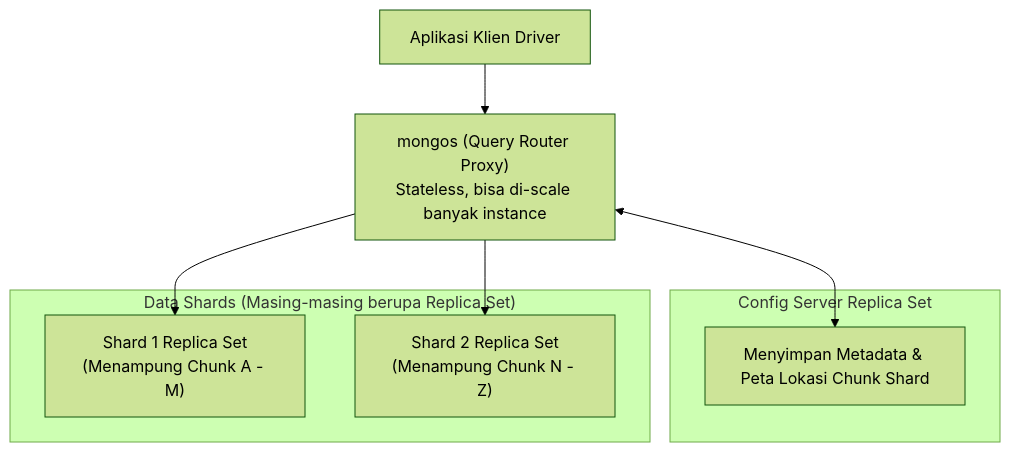
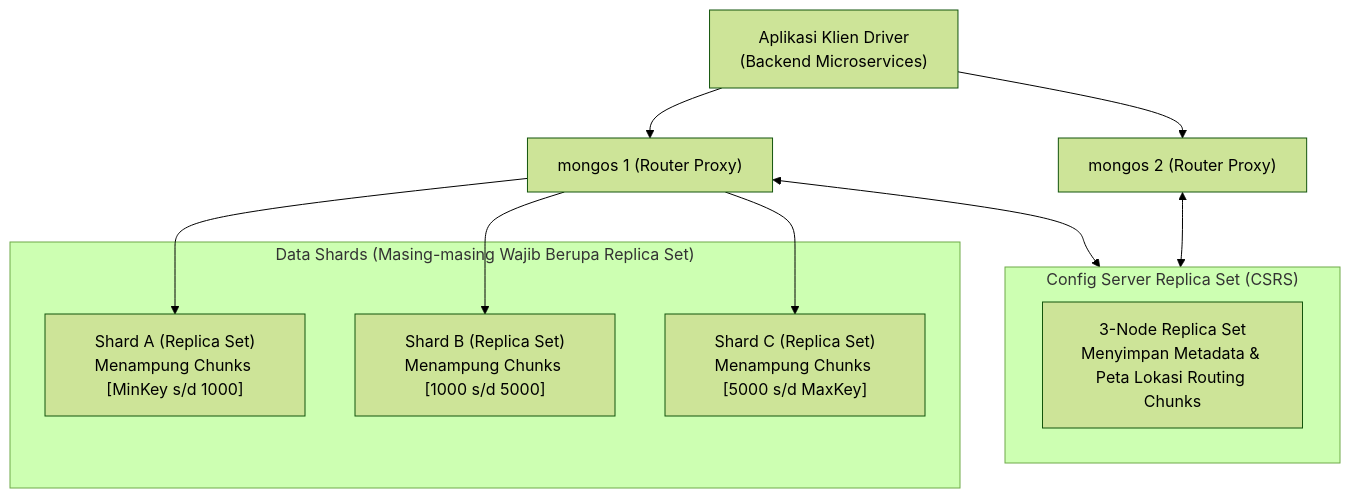
The first of 3 diagrams in src/content/docs/mongodb/07-sharding-cluster-dan-chunk-splitting.md (exa31/learning-docs), drawn with Mermaid (forest theme) before and after one commit. The commit also changed other lines of this file and 7 other files, not shown here.

````diff
--- a/src/content/docs/mongodb/07-sharding-cluster-dan-chunk-splitting.md
+++ b/src/content/docs/mongodb/07-sharding-cluster-dan-chunk-splitting.md
@@ -16,18 +16,22 @@
 ```mermaid
 flowchart TD
-    Client["Aplikasi Klien Driver"] --> Mongos["mongos (Query Router Proxy)\nStateless, bisa di-scale banyak instance"]
+    Client["Aplikasi Klien Driver\n(Backend Microservices)"] --> Mongos1["mongos 1 (Router Proxy)"]
+    Client --> Mongos2["mongos 2 (Router Proxy)"]
     
-    subgraph Config["Config Server Replica Set"]
-        ConfigDB["Menyimpan Metadata & Peta Lokasi Chunk Shard"]
+    subgraph ConfigRS ["Config Server Replica Set (CSRS)"]
+        CSRep["3-Node Replica Set\nMenyimpan Metadata & Peta Lokasi Routing Chunks"]
     end
     
-    Mongos <--> ConfigDB
+    Mongos1 <--> ConfigRS
+    Mongos2 <--> ConfigRS
 
-    subgraph Shards["Data Shards (Masing-masing berupa Replica Set)"]
-        Shard1["Shard 1 Replica Set\n(Menampung Chunk A - M)"]
-        Shard2["Shard 2 Replica Set\n(Menampung Chunk N - Z)"]
+    subgraph DataShards ["Data Shards (Masing-masing Wajib Berupa Replica Set)"]
+        ShardA["Shard A (Replica Set)\nMenampung Chunks [MinKey s/d 1000]"]
+        ShardB["Shard B (Replica Set)\nMenampung Chunks [1000 s/d 5000]"]
+        ShardC["Shard C (Replica Set)\nMenampung Chunks [5000 s/d MaxKey]"]
     end
 
-    Mongos --> Shard1
-    Mongos --> Shard2
+    Mongos1 --> ShardA
+    Mongos1 --> ShardB
+    Mongos1 --> ShardC
 ```
````
